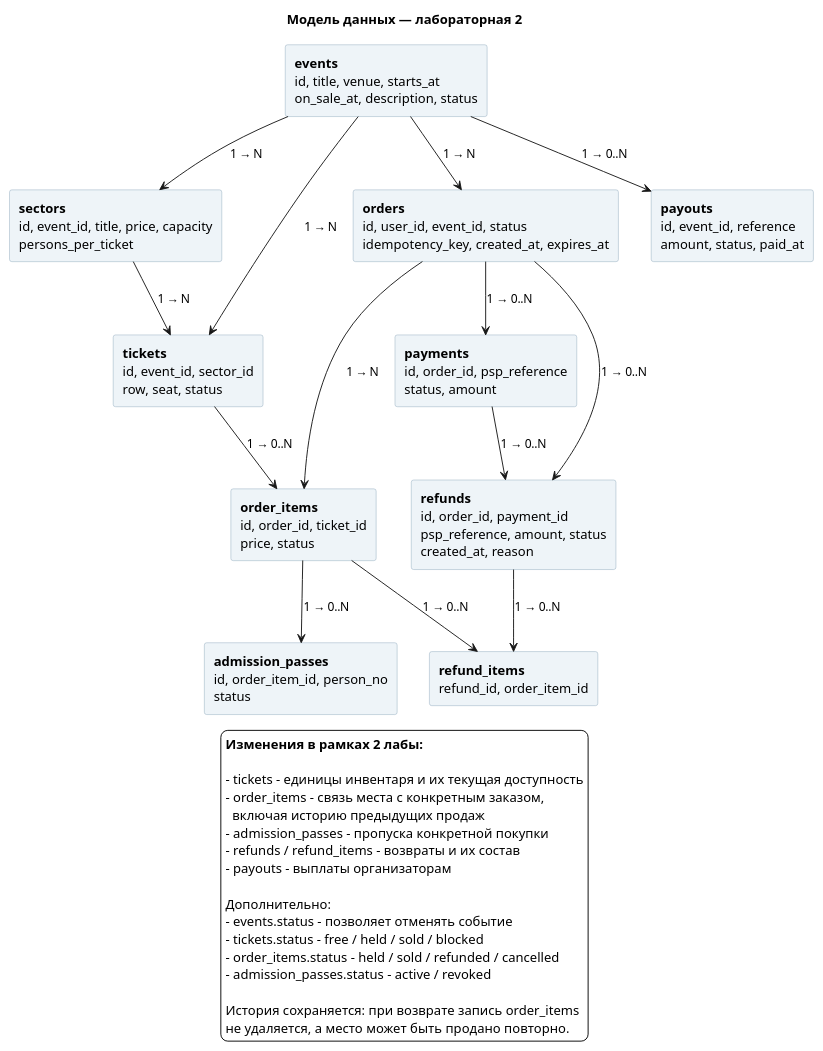
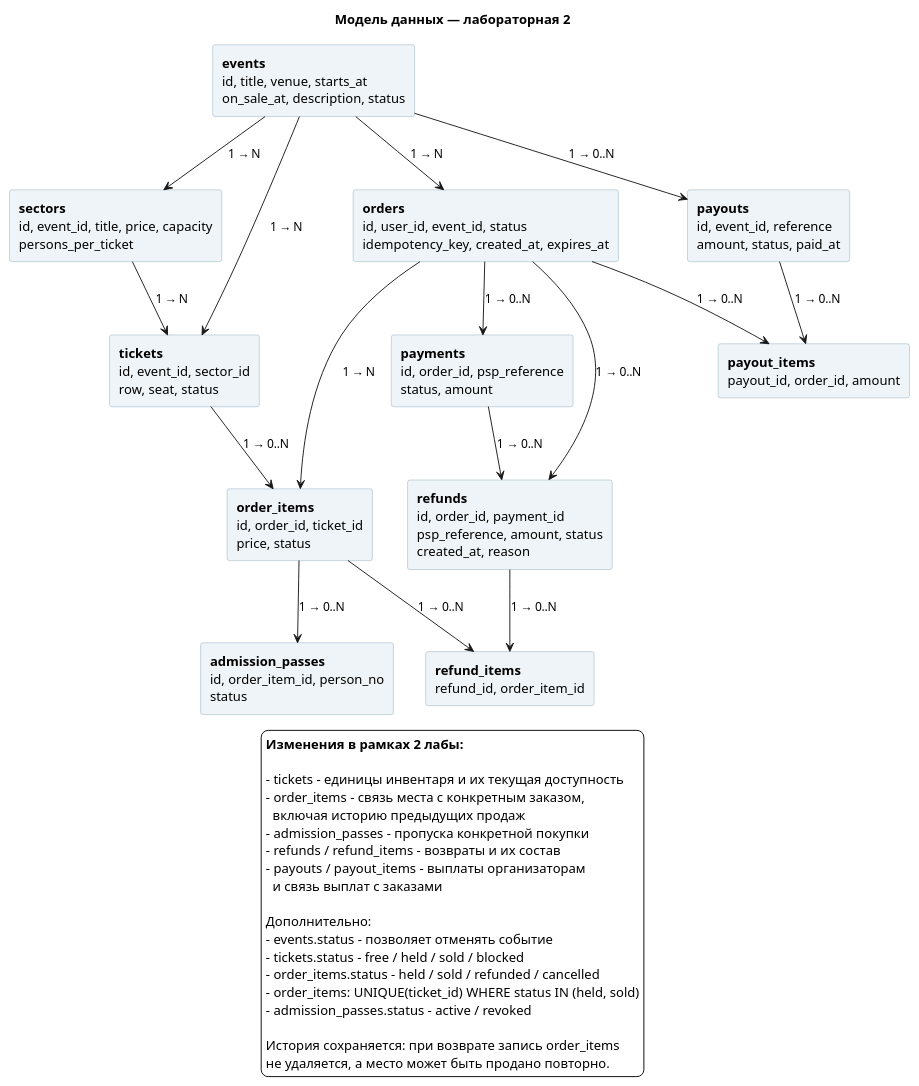
The diagram in lab-2/puml/new_data-model.puml (Gre5hen/technical-design), drawn with PlantUML before and after one commit. The commit also changed 2 other files, not shown here.

```diff
--- a/lab-2/puml/new_data-model.puml
+++ b/lab-2/puml/new_data-model.puml
@@ -1,60 +1,65 @@
 @startuml
 skinparam shadowing false
 skinparam backgroundColor white
 skinparam defaultFontName SansSerif
 skinparam rectangleBackgroundColor #EEF4F8
 skinparam rectangleBorderColor #8FA8BD
 
 title Модель данных — лабораторная 2
 
 rectangle "**events**\nid, title, venue, starts_at\non_sale_at, description, status" as events
 rectangle "**sectors**\nid, event_id, title, price, capacity\npersons_per_ticket" as sectors
 rectangle "**tickets**\nid, event_id, sector_id\nrow, seat, status" as tickets
 rectangle "**orders**\nid, user_id, event_id, status\nidempotency_key, created_at, expires_at" as orders
 rectangle "**order_items**\nid, order_id, ticket_id\nprice, status" as items
 rectangle "**payments**\nid, order_id, psp_reference\nstatus, amount" as payments
 rectangle "**admission_passes**\nid, order_item_id, person_no\nstatus" as passes
 rectangle "**refunds**\nid, order_id, payment_id\npsp_reference, amount, status\ncreated_at, reason" as refunds
 rectangle "**refund_items**\nrefund_id, order_item_id" as refund_items
 
 rectangle "**payouts**\nid, event_id, reference\namount, status, paid_at" as payouts
+rectangle "**payout_items**\npayout_id, order_id, amount" as payout_items
 
 events --> sectors : 1 → N
 events --> tickets : 1 → N
 events --> orders : 1 → N
 events --> payouts : 1 → 0..N
+payouts --> payout_items : 1 → 0..N
+orders --> payout_items : 1 → 0..N
 
 sectors --> tickets : 1 → N
 
 orders --> items : 1 → N
 tickets --> items : 1 → 0..N
 
 orders --> payments : 1 → 0..N
 
 items --> passes : 1 → 0..N
 
 orders --> refunds : 1 → 0..N
 payments --> refunds : 1 → 0..N
 refunds --> refund_items : 1 → 0..N
 items --> refund_items : 1 → 0..N
 
 legend bottom
 **Изменения в рамках 2 лабы:**
 
 - tickets - единицы инвентаря и их текущая доступность
 - order_items - связь места с конкретным заказом,
   включая историю предыдущих продаж
 - admission_passes - пропуска конкретной покупки
 - refunds / refund_items - возвраты и их состав
-- payouts - выплаты организаторам
+- payouts / payout_items - выплаты организаторам
+  и связь выплат с заказами
 
 Дополнительно:
 - events.status - позволяет отменять событие
 - tickets.status - free / held / sold / blocked
 - order_items.status - held / sold / refunded / cancelled
+- order_items: UNIQUE(ticket_id) WHERE status IN (held, sold)
 - admission_passes.status - active / revoked
 
 История сохраняется: при возврате запись order_items
 не удаляется, а место может быть продано повторно.
 endlegend
 @enduml
```
